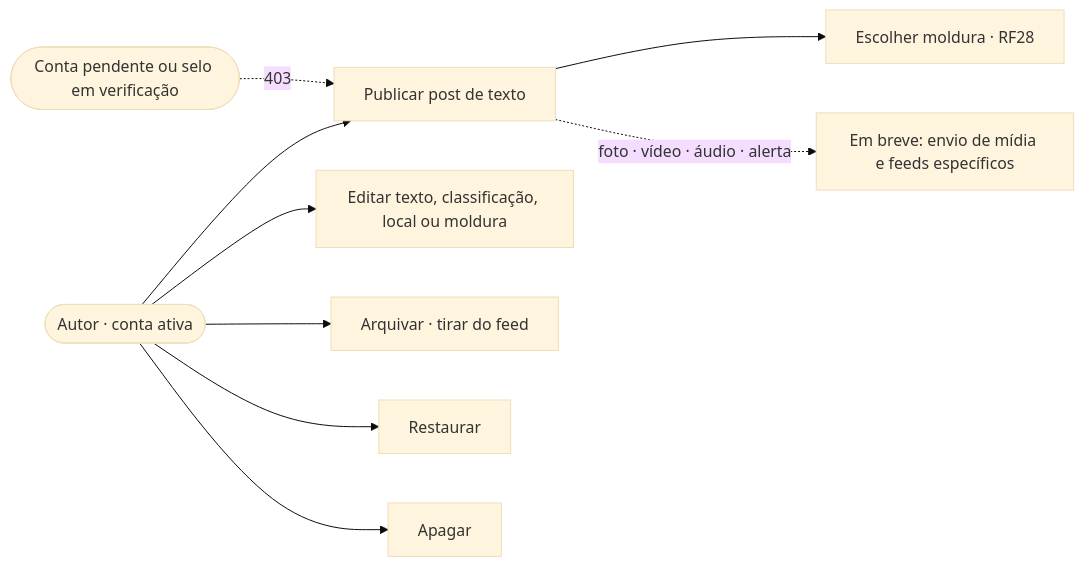
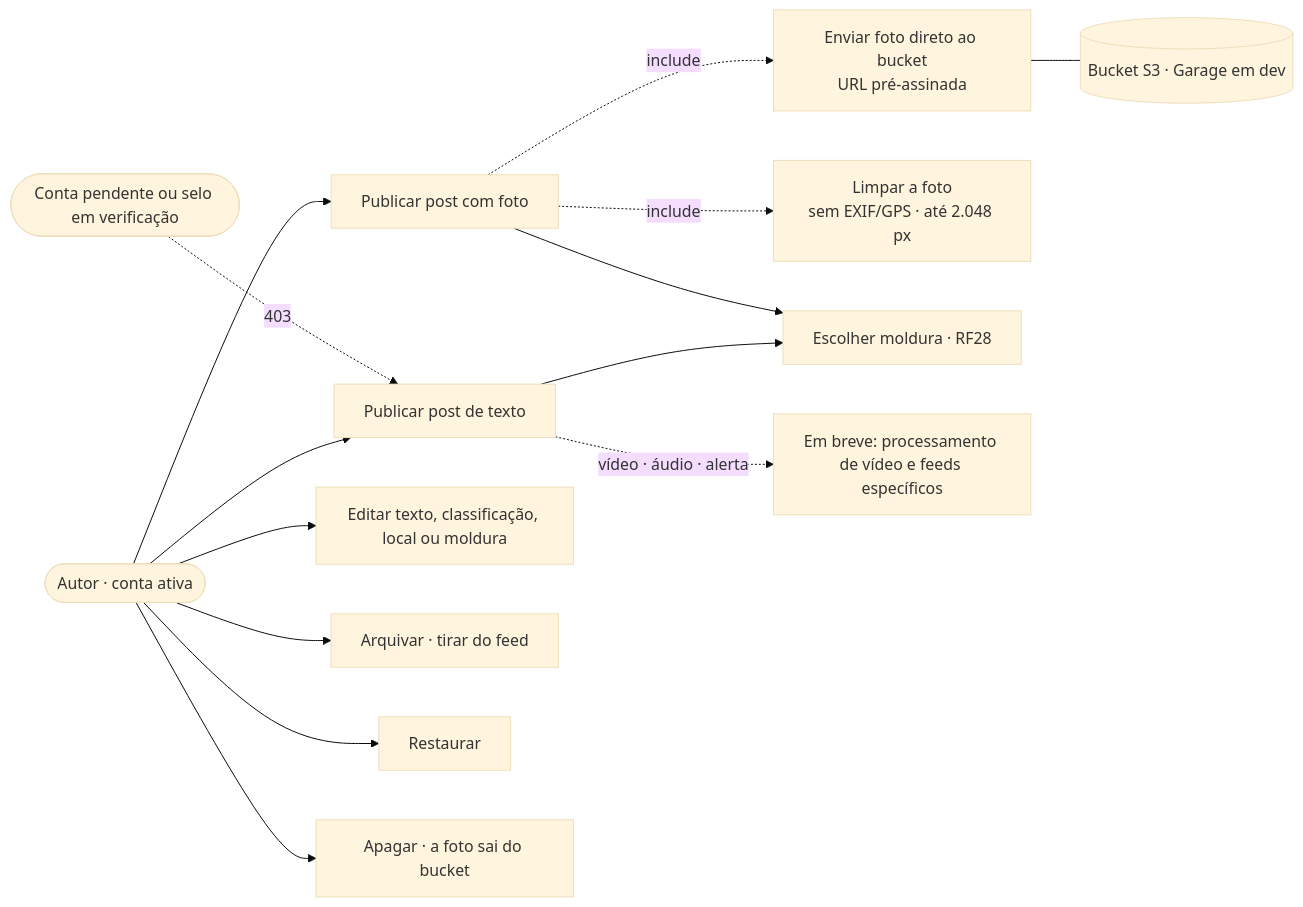
One commit to MatheusHaliski/orange_social_velion changed the first of 6 diagrams in docs/rf/RF29-publicar-post.md. Above: the diagram before and after it, drawn with Mermaid (base theme). The commit also changed other lines of this file and 32 other files, not shown here.

````diff
--- a/docs/rf/RF29-publicar-post.md
+++ b/docs/rf/RF29-publicar-post.md
@@ -55,11 +79,16 @@
 ```mermaid
 flowchart LR
     A([Autor · conta ativa]) --> UC1[Publicar post de texto]
+    A --> UC7[Publicar post com foto]
+    UC7 -.include.-> UC8[Enviar foto direto ao bucket<br/>URL pré-assinada]
+    UC7 -.include.-> UC9[Limpar a foto<br/>sem EXIF/GPS · até 2.048 px]
     UC1 --> UC2[Escolher moldura · RF28]
+    UC7 --> UC2
     A --> UC3[Editar texto, classificação, local ou moldura]
     A --> UC4[Arquivar · tirar do feed]
     A --> UC5[Restaurar]
-    A --> UC6[Apagar]
+    A --> UC6[Apagar · a foto sai do bucket]
     P([Conta pendente ou selo em verificação]) -.403.-> UC1
-    UC1 -.foto · vídeo · áudio · alerta.-> X[Em breve: envio de mídia e feeds específicos]
+    UC8 --- S3[(Bucket S3 · Garage em dev)]
+    UC1 -.vídeo · áudio · alerta.-> X[Em breve: processamento de vídeo e feeds específicos]
 ```
````
